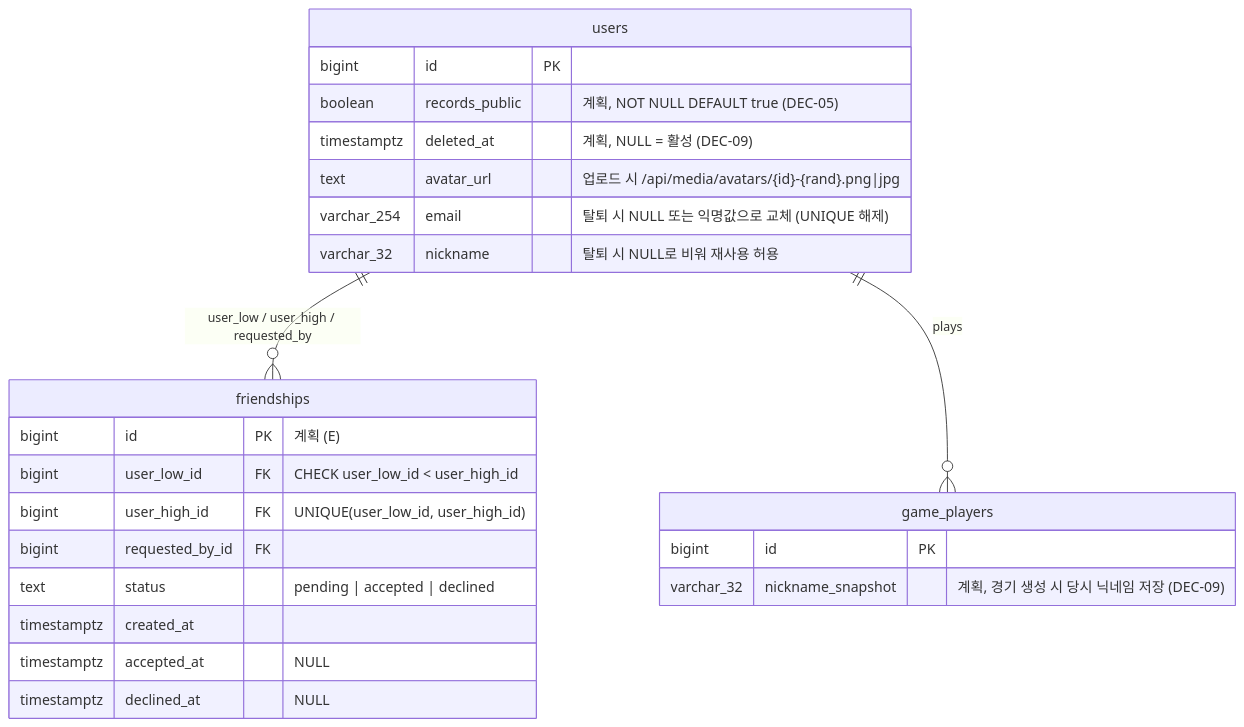
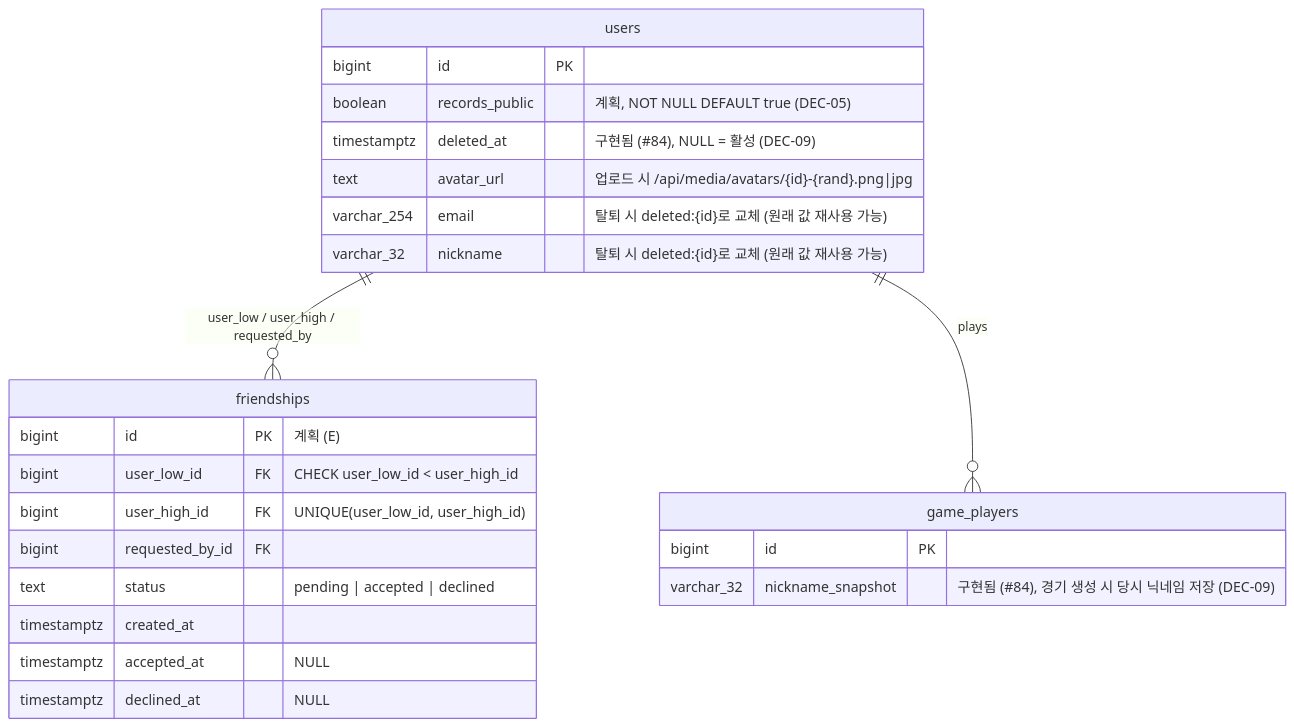
The eighth of 49 diagrams in Document/SDS.md (EscapeFromGyeongsan/ft_transcendence), drawn with Mermaid before and after one commit. The commit also changed other lines of this file and 17 other files, not shown here.

Commit message:
feat(server): add account deletion and match nickname snapshot (#84)

````diff
--- a/Document/SDS.md
+++ b/Document/SDS.md
@@ -625,28 +625,28 @@
 ```mermaid
 erDiagram
     users ||--o{ friendships : "user_low / user_high / requested_by"
     users ||--o{ game_players : "plays"
 
     users {
         bigint id PK
         boolean records_public "계획, NOT NULL DEFAULT true (DEC-05)"
-        timestamptz deleted_at "계획, NULL = 활성 (DEC-09)"
+        timestamptz deleted_at "구현됨 (#84), NULL = 활성 (DEC-09)"
         text avatar_url "업로드 시 /api/media/avatars/{id}-{rand}.png|jpg"
-        varchar_254 email "탈퇴 시 NULL 또는 익명값으로 교체 (UNIQUE 해제)"
-        varchar_32 nickname "탈퇴 시 NULL로 비워 재사용 허용"
+        varchar_254 email "탈퇴 시 deleted:{id}로 교체 (원래 값 재사용 가능)"
+        varchar_32 nickname "탈퇴 시 deleted:{id}로 교체 (원래 값 재사용 가능)"
     }
     game_players {
         bigint id PK
-        varchar_32 nickname_snapshot "계획, 경기 생성 시 당시 닉네임 저장 (DEC-09)"
+        varchar_32 nickname_snapshot "구현됨 (#84), 경기 생성 시 당시 닉네임 저장 (DEC-09)"
     }
     friendships {
         bigint id PK "계획 (E)"
         bigint user_low_id FK "CHECK user_low_id < user_high_id"
         bigint user_high_id FK "UNIQUE(user_low_id, user_high_id)"
         bigint requested_by_id FK
         text status "pending | accepted | declined"
         timestamptz created_at
         timestamptz accepted_at "NULL"
         timestamptz declined_at "NULL"
     }
 ```
````
